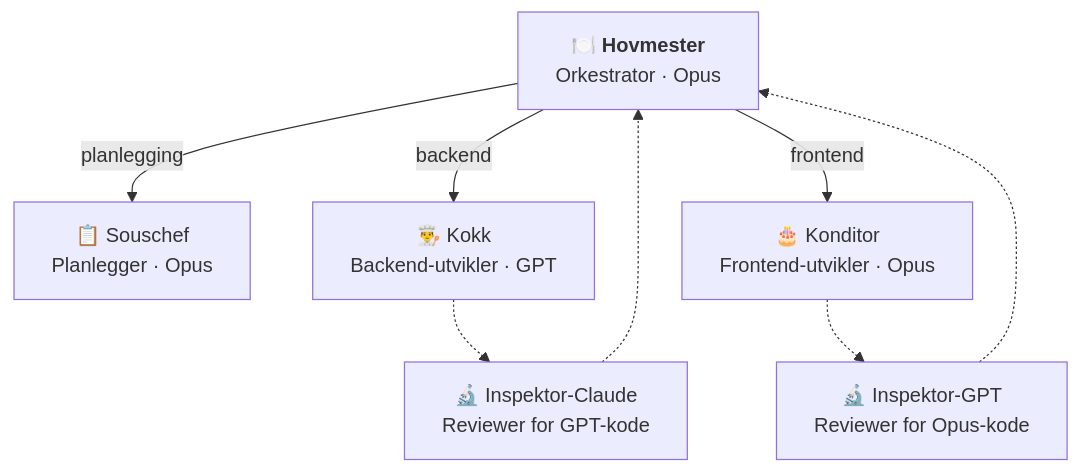
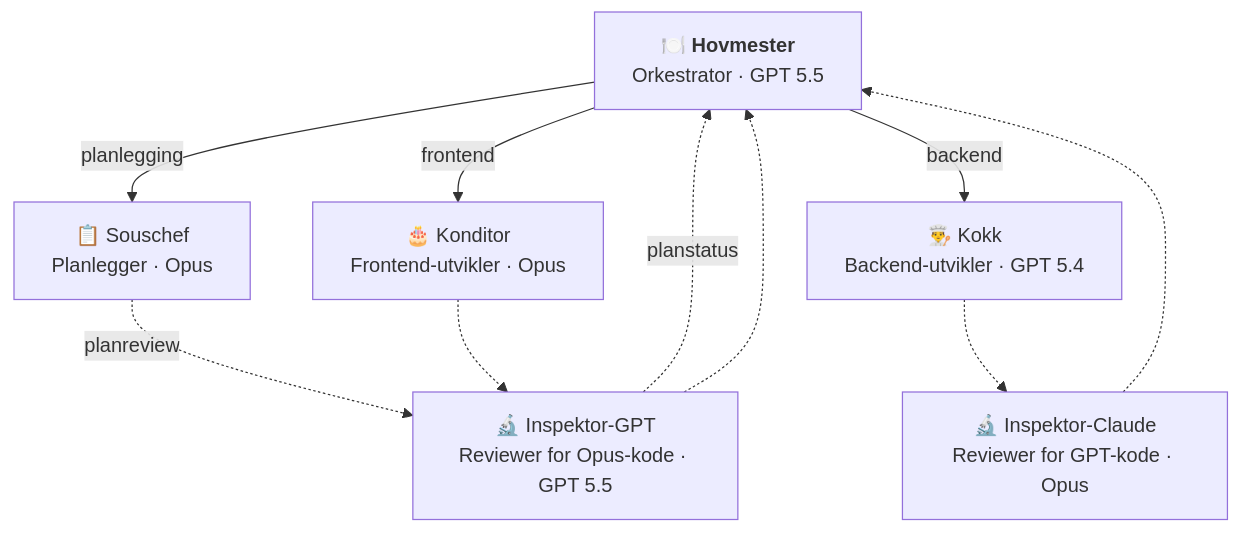
One commit to navikt/hovmester changed the diagram in README.md. Above: the diagram before and after it, drawn with Mermaid. The commit also changed other lines of this file and 4 other files, not shown here.

````diff
--- a/README.md
+++ b/README.md
@@ -38,15 +38,17 @@
 ```mermaid
 graph TD
-    U["🍽️ <b>Hovmester</b><br/>Orkestrator · Opus"]
+    U["🍽️ <b>Hovmester</b><br/>Orkestrator · GPT 5.5"]
     S["📋 Souschef<br/>Planlegger · Opus"]
-    K["👨‍🍳 Kokk<br/>Backend-utvikler · GPT"]
+    K["👨‍🍳 Kokk<br/>Backend-utvikler · GPT 5.4"]
     KO["🎂 Konditor<br/>Frontend-utvikler · Opus"]
-    IC["🔬 Inspektor-Claude<br/>Reviewer for GPT-kode"]
-    IG["🔬 Inspektor-GPT<br/>Reviewer for Opus-kode"]
+    IC["🔬 Inspektor-Claude<br/>Reviewer for GPT-kode · Opus"]
+    IG["🔬 Inspektor-GPT<br/>Reviewer for Opus-kode · GPT 5.5"]
 
     U -- planlegging --> S
+    S -. planreview .-> IG
+    IG -. planstatus .-> U
     U -- backend --> K
     U -- frontend --> KO
     K -.-> IC -.-> U
     KO -.-> IG -.-> U
 ```
````
